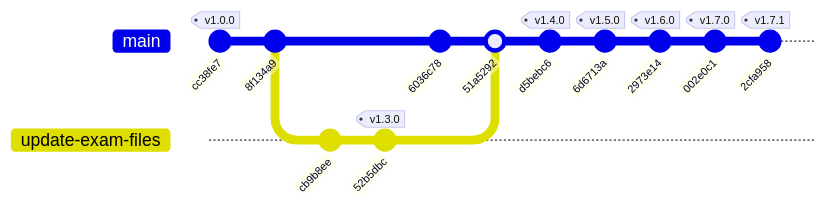
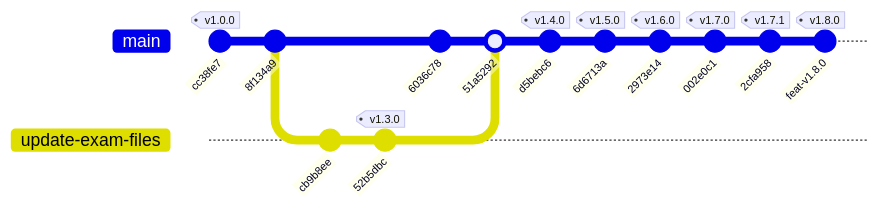
The diagram in README.md (renart00001-ux/exam-web), drawn with Mermaid before and after one commit. The commit also changed other lines of this file and 1 other file, not shown here.

````diff
--- a/README.md
+++ b/README.md
@@ -40,17 +44,18 @@
 ```mermaid
 gitGraph
     commit id: "cc38fe7" tag: "v1.0.0"
     commit id: "8f134a9"
     branch update-exam-files
     checkout update-exam-files
     commit id: "cb9b8ee"
     commit id: "52b5dbc" tag: "v1.3.0"
     checkout main
     commit id: "6036c78"
     merge update-exam-files id: "51a5292"
     commit id: "d5bebc6" tag: "v1.4.0"
     commit id: "6d6713a" tag: "v1.5.0"
     commit id: "2973e14" tag: "v1.6.0"
     commit id: "002e0c1" tag: "v1.7.0"
     commit id: "2cfa958" tag: "v1.7.1"
+    commit id: "feat-v1.8.0" tag: "v1.8.0"
 ```
````
